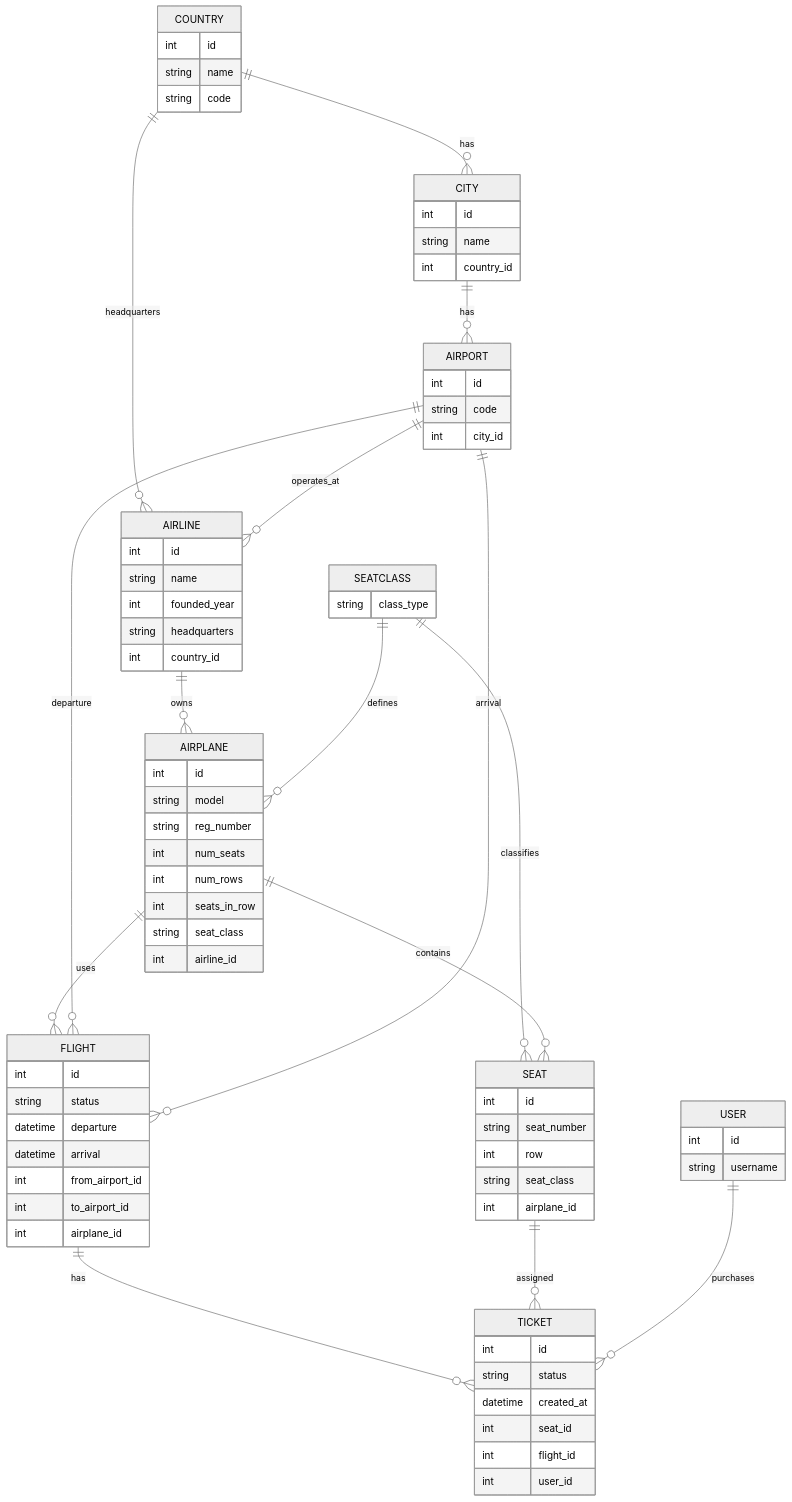
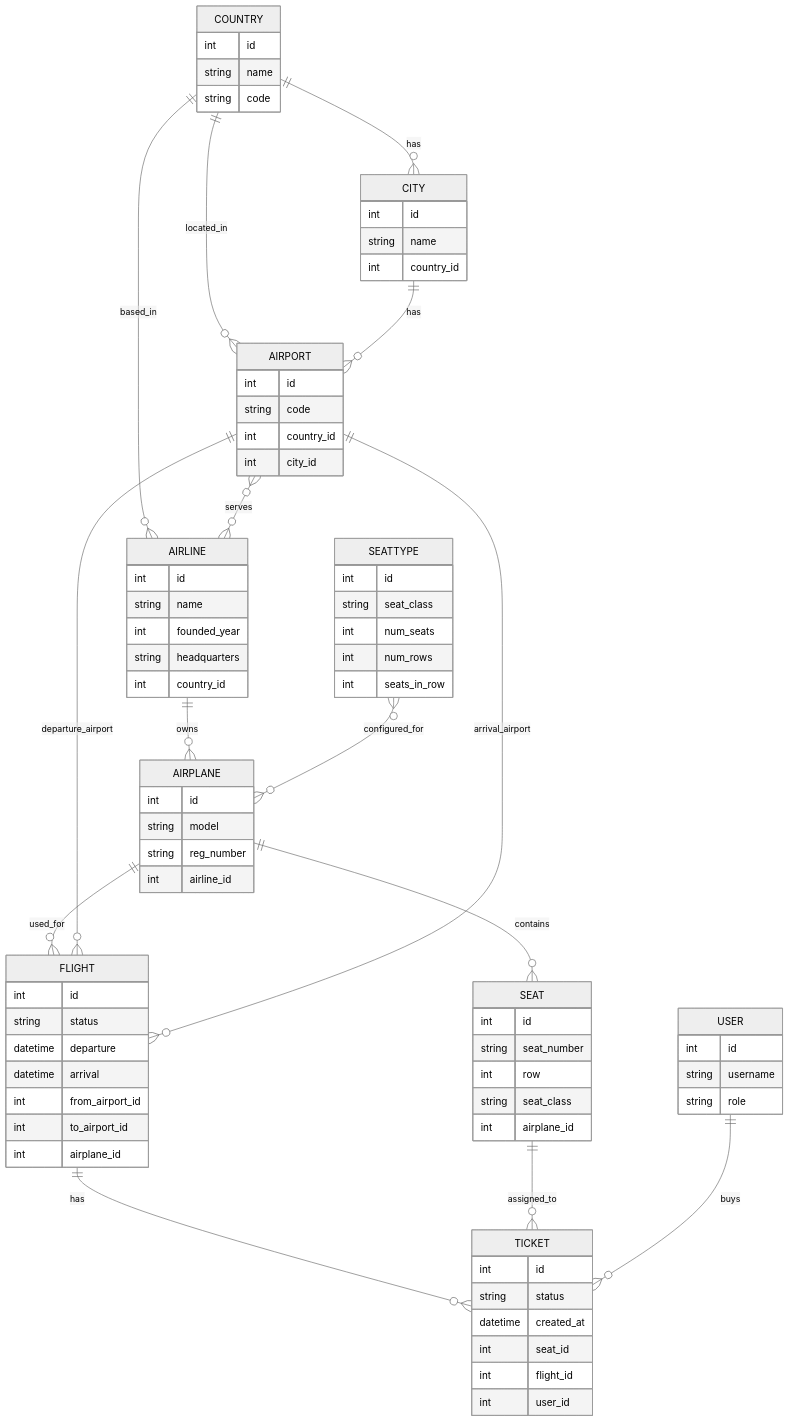
The diagram in airports/airport_model.md (HalasOleh/airport-api), drawn with Mermaid (neutral theme) before and after one commit. The commit also changed other lines of this file and 28 other files, not shown here.

````diff
--- a/airports/airport_model.md
+++ b/airports/airport_model.md
@@ -3,38 +3,44 @@
 ```mermaid
 erDiagram
     COUNTRY ||--o{ CITY : "has"
-    COUNTRY ||--o{ AIRLINE : "headquarters"
+    COUNTRY ||--o{ AIRPORT : "located_in"
+    COUNTRY ||--o{ AIRLINE : "based_in"
+
     CITY ||--o{ AIRPORT : "has"
-    AIRPORT ||--o{ AIRLINE : "operates_at"
+
+    AIRPORT }o--o{ AIRLINE : "serves"
     AIRLINE ||--o{ AIRPLANE : "owns"
-    SEATCLASS ||--o{ AIRPLANE : "defines"
-    SEATCLASS ||--o{ SEAT : "classifies"
+
+    SEATTYPE }o--o{ AIRPLANE : "configured_for"
     AIRPLANE ||--o{ SEAT : "contains"
-    AIRPLANE ||--o{ FLIGHT : "uses"
-    AIRPORT ||--o{ FLIGHT : "departure"
-    AIRPORT ||--o{ FLIGHT : "arrival"
+    AIRPLANE ||--o{ FLIGHT : "used_for"
+
+    AIRPORT ||--o{ FLIGHT : "departure_airport"
+    AIRPORT ||--o{ FLIGHT : "arrival_airport"
+
     FLIGHT ||--o{ TICKET : "has"
-    SEAT ||--o{ TICKET : "assigned"
-    USER ||--o{ TICKET : "purchases"
+    SEAT ||--o{ TICKET : "assigned_to"
+    USER ||--o{ TICKET : "buys"
 
     COUNTRY {
         int id
         string name
         string code
     }
-    
+
     CITY {
         int id
         string name
         int country_id
     }
-    
+
     AIRPORT {
         int id
         string code
+        int country_id
         int city_id
     }
-    
+
     AIRLINE {
         int id
         string name
@@ -42,22 +48,30 @@
         string headquarters
         int country_id
     }
-    
-    SEATCLASS {
-        string class_type
+
+    SEATTYPE {
+        int id
+        string seat_class
+        int num_seats
+        int num_rows
+        int seats_in_row
     }
-    
+
     AIRPLANE {
         int id
         string model
         string reg_number
-        int num_seats
-        int num_rows
-        int seats_in_row
-        string seat_class
         int airline_id
     }
-    
+
+    SEAT {
+        int id
+        string seat_number
+        int row
+        string seat_class
+        int airplane_id
+    }
+
     FLIGHT {
         int id
         string status
@@ -67,15 +81,7 @@
         int to_airport_id
         int airplane_id
     }
-    
-    SEAT {
-        int id
-        string seat_number
-        int row
-        string seat_class
-        int airplane_id
-    }
-    
+
     TICKET {
         int id
         string status
@@ -84,9 +90,10 @@
         int flight_id
         int user_id
     }
-    
+
     USER {
         int id
         string username
+        string role
     }
 ```
````
